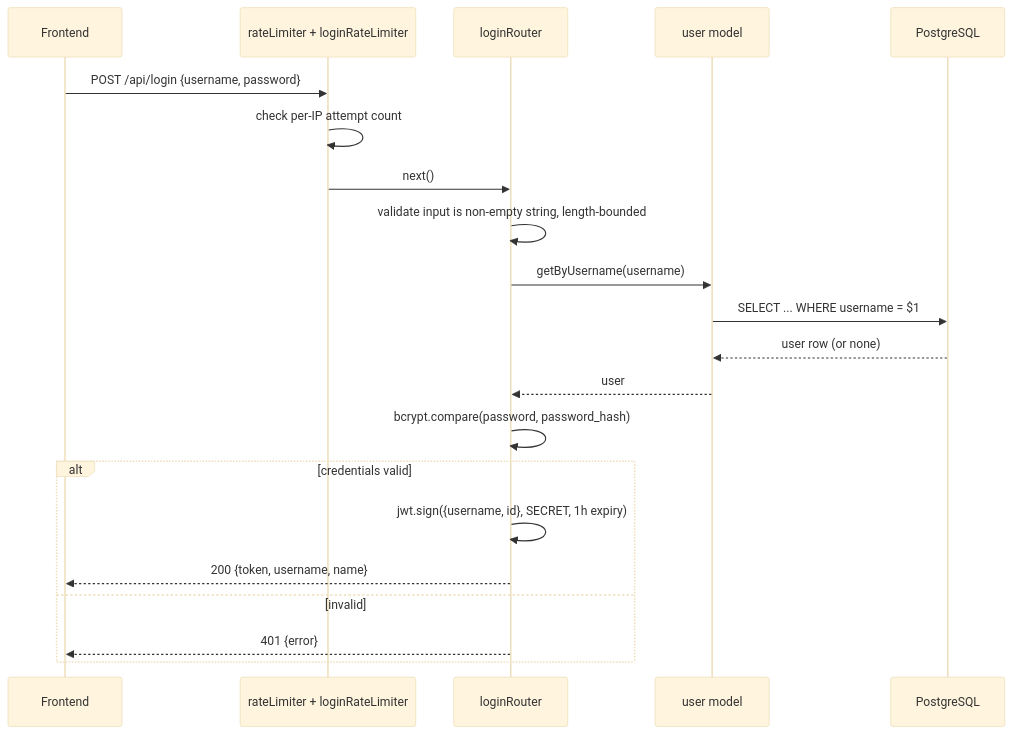
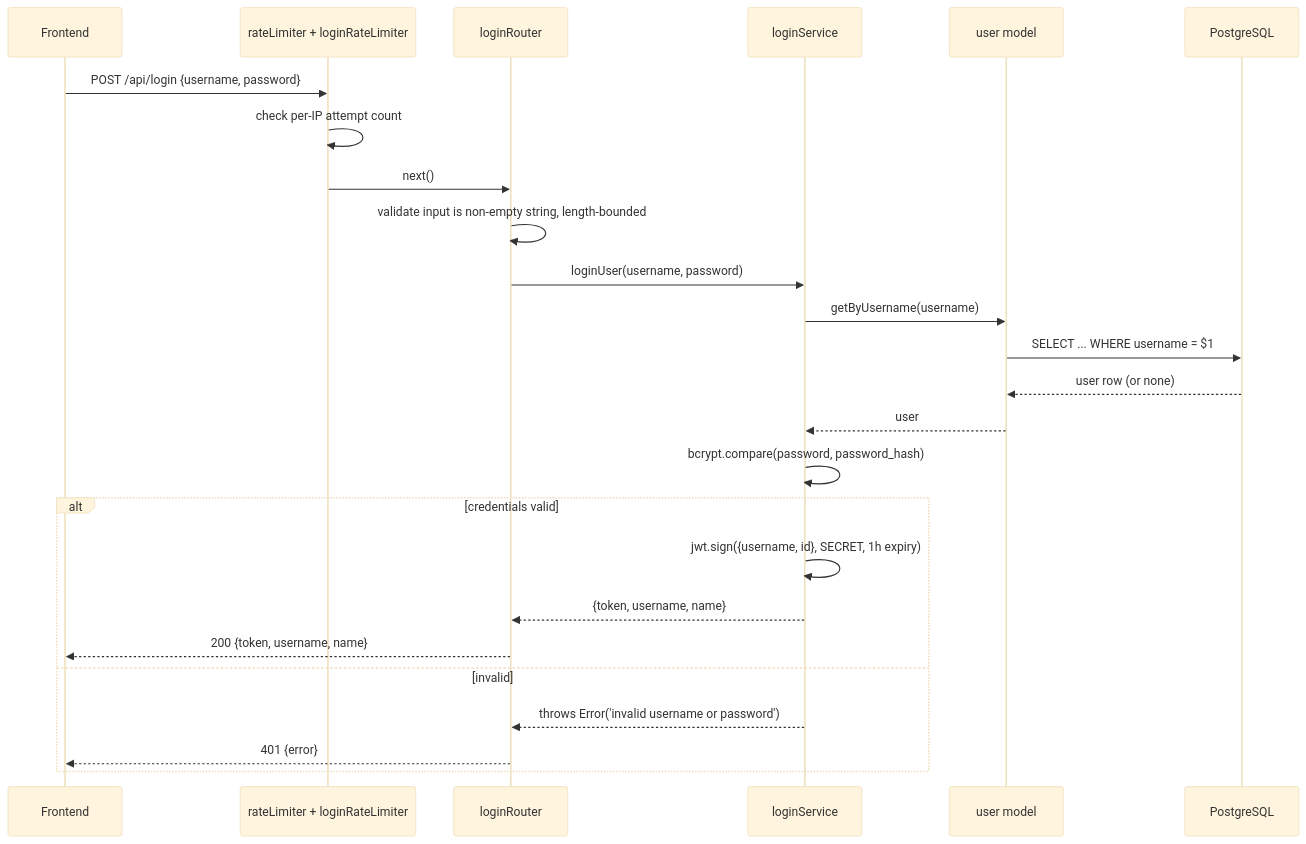
The fifth of 7 diagrams in back/README.md (vsvala/KnowWine-AI), drawn with Mermaid (base theme) before and after one commit. The commit also changed other lines of this file and 3 other files, not shown here.

````diff
--- a/back/README.md
+++ b/back/README.md
@@ -292,24 +289,28 @@
 ```mermaid
 sequenceDiagram
     participant FE as Frontend
     participant MW as rateLimiter + loginRateLimiter
     participant LC as loginRouter
+    participant LS as loginService
     participant UM as user model
     participant DB as PostgreSQL
 
     FE->>MW: POST /api/login {username, password}
     MW->>MW: check per-IP attempt count
     MW->>LC: next()
     LC->>LC: validate input is non-empty string, length-bounded
-    LC->>UM: getByUsername(username)
+    LC->>LS: loginUser(username, password)
+    LS->>UM: getByUsername(username)
     UM->>DB: SELECT ... WHERE username = $1
     DB-->>UM: user row (or none)
-    UM-->>LC: user
-    LC->>LC: bcrypt.compare(password, password_hash)
+    UM-->>LS: user
+    LS->>LS: bcrypt.compare(password, password_hash)
     alt credentials valid
-        LC->>LC: jwt.sign({username, id}, SECRET, 1h expiry)
+        LS->>LS: jwt.sign({username, id}, SECRET, 1h expiry)
+        LS-->>LC: {token, username, name}
         LC-->>FE: 200 {token, username, name}
     else invalid
+        LS-->>LC: throws Error('invalid username or password')
         LC-->>FE: 401 {error}
     end
 ```
````
